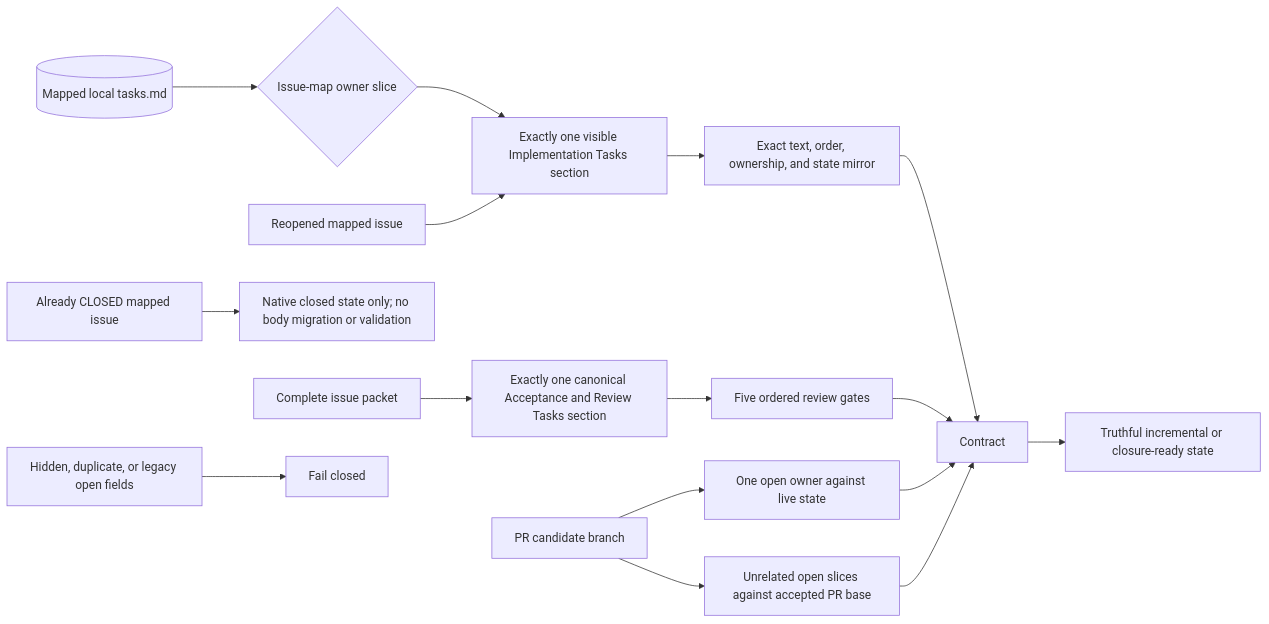
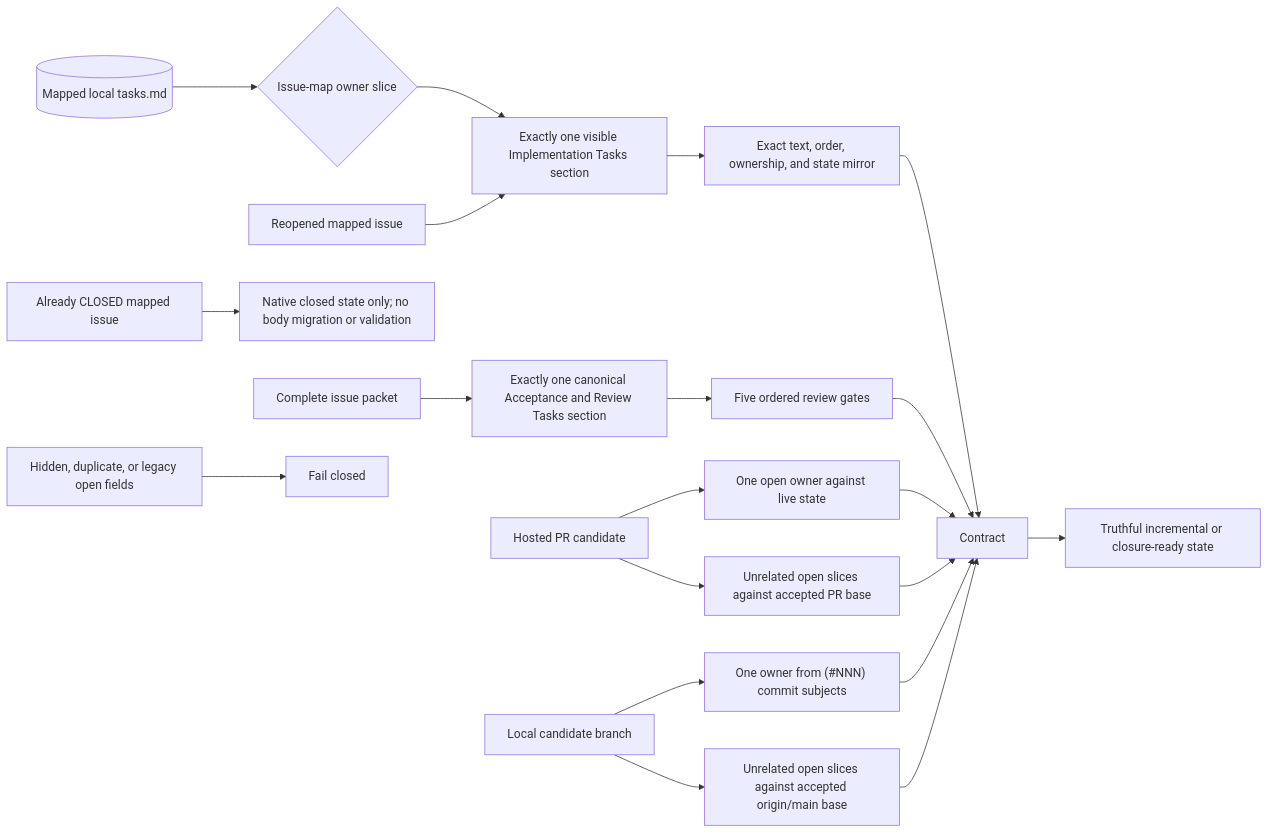
One commit to styler-ai/ProjectAtlas changed the first of 28 diagrams in docs/v050-release-architecture.md. Above: the diagram before and after it, drawn with Mermaid. The commit also changed 5 other files, not shown here.

Commit message:
fix(issueops): scope local branch checklist validation (#549)

````diff
--- a/docs/v050-release-architecture.md
+++ b/docs/v050-release-architecture.md
@@ -7,18 +7,22 @@
 ```mermaid
 flowchart LR
     LocalTasks[(Mapped local tasks.md)] --> OwnerSlice{Issue-map owner slice}
     OwnerSlice --> Implementation[Exactly one visible Implementation Tasks section]
     IssuePacket[Complete issue packet] --> Acceptance[Exactly one canonical Acceptance and Review Tasks section]
     Implementation --> Sync[Exact text, order, ownership, and state mirror]
     Acceptance --> Gates[Five ordered review gates]
     Sync --> Contract
     Gates --> Contract
-    PR[PR candidate branch] --> Owner[One open owner against live state]
+    PR[Hosted PR candidate] --> Owner[One open owner against live state]
     PR --> Base[Unrelated open slices against accepted PR base]
+    Candidate[Local candidate branch] --> CandidateOwner["One owner from (#NNN) commit subjects"]
+    Candidate --> CandidateBase["Unrelated open slices against accepted origin/main base"]
     Owner --> Contract
     Base --> Contract
+    CandidateOwner --> Contract
+    CandidateBase --> Contract
     Closed[Already CLOSED mapped issue] --> Inert[Native closed state only; no body migration or validation]
     Reopened[Reopened mapped issue] --> Implementation
     Hidden[Hidden, duplicate, or legacy open fields] --> Reject[Fail closed]
     Contract --> Ready[Truthful incremental or closure-ready state]
 ```
````
